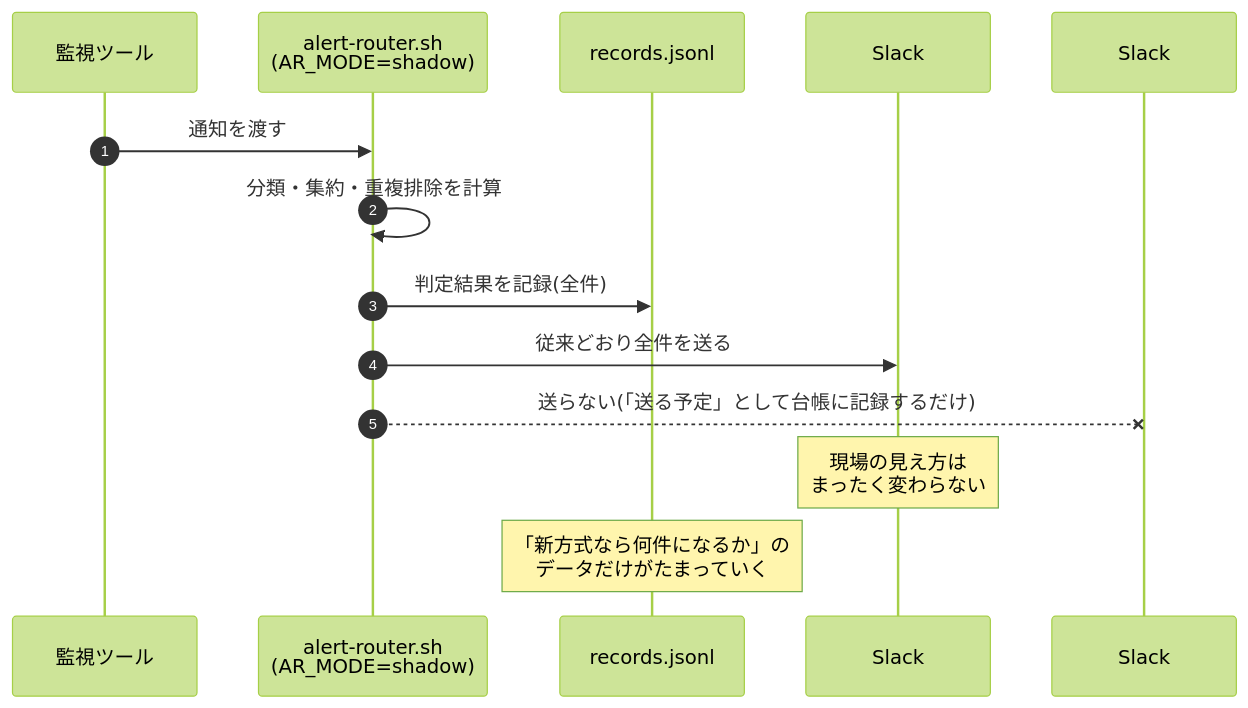
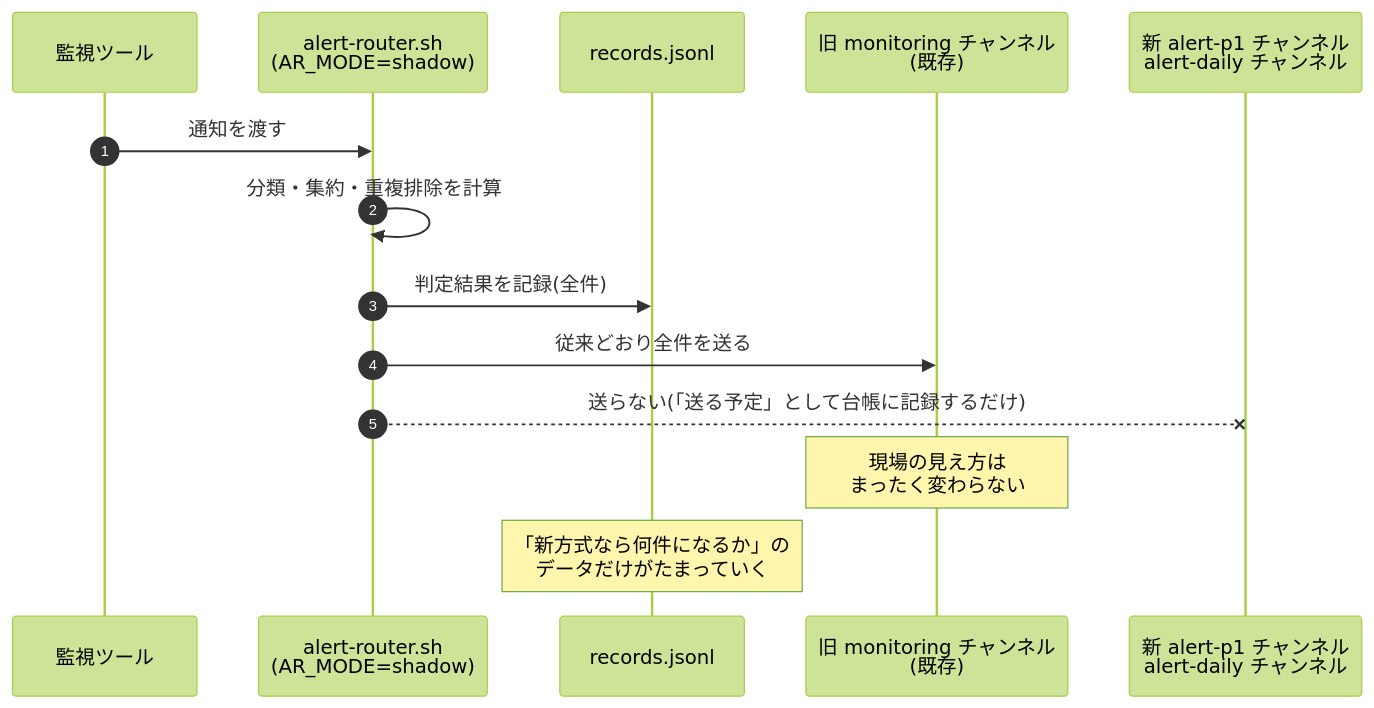
Before and after one commit to ns7jp/automation: the second of 2 diagrams in improvements/03-alert-noise-reduction/04-build-guide.md, drawn with Mermaid (forest theme). The commit also changed 6 other files, not shown here.

````diff
--- a/improvements/03-alert-noise-reduction/04-build-guide.md
+++ b/improvements/03-alert-noise-reduction/04-build-guide.md
@@ -446,18 +446,18 @@
 ```mermaid
 sequenceDiagram
     autonumber
     participant Tool as 監視ツール
     participant AR as alert-router.sh<br/>(AR_MODE=shadow)
     participant REC as records.jsonl
-    participant OLD as Slack #monitoring<br/>(既存)
-    participant NEW as Slack #alert-p1<br/>#alert-daily
+    participant OLD as 旧 monitoring チャンネル<br/>(既存)
+    participant NEW as 新 alert-p1 チャンネル<br/>alert-daily チャンネル
 
     Tool->>AR: 通知を渡す
     AR->>AR: 分類・集約・重複排除を計算
     AR->>REC: 判定結果を記録(全件)
     AR->>OLD: 従来どおり全件を送る
     AR--xNEW: 送らない(「送る予定」として台帳に記録するだけ)
 
     Note over OLD: 現場の見え方は<br/>まったく変わらない
     Note over REC: 「新方式なら何件になるか」の<br/>データだけがたまっていく
 ```
````
